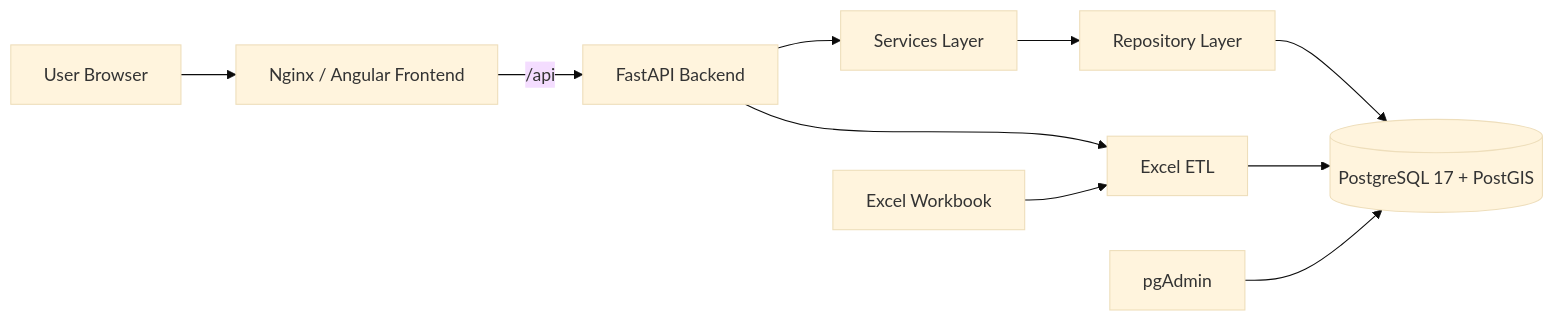
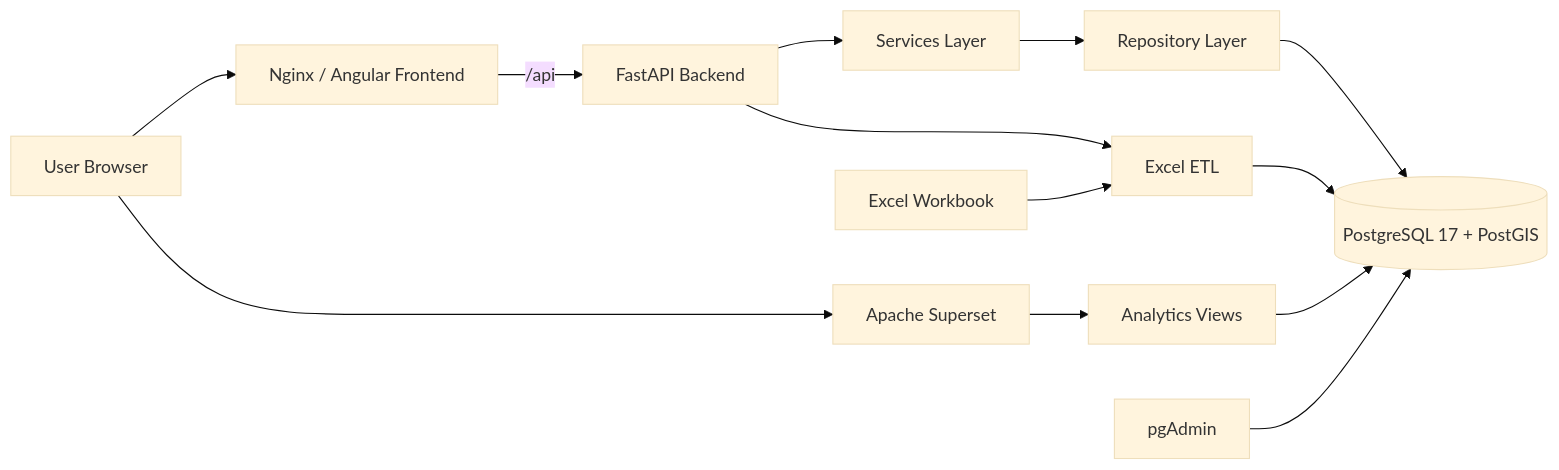
The diagram in docs/architecture.md (flyz25/ccap), drawn with Mermaid (base theme) before and after one commit. The commit also changed other lines of this file and 14 other files, not shown here.

Commit message:
Add Apache Superset executive dashboard

````diff
--- a/docs/architecture.md
+++ b/docs/architecture.md
@@ -5,12 +5,15 @@
 ```mermaid
 flowchart LR
   U[User Browser] --> N[Nginx / Angular Frontend]
   N -->|/api| B[FastAPI Backend]
   B --> S[Services Layer]
   S --> R[Repository Layer]
   R --> DB[(PostgreSQL 17 + PostGIS)]
+  U --> BI[Apache Superset]
+  BI --> AV[Analytics Views]
+  AV --> DB
   B --> ETL[Excel ETL]
   ETL --> DB
   XLSX[Excel Workbook] --> ETL
   PG[pgAdmin] --> DB
 ```
````
